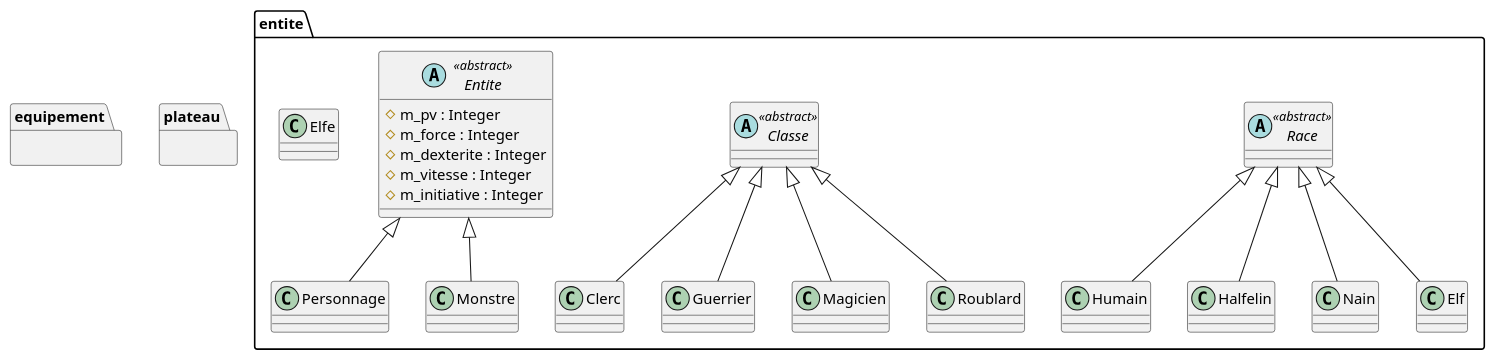
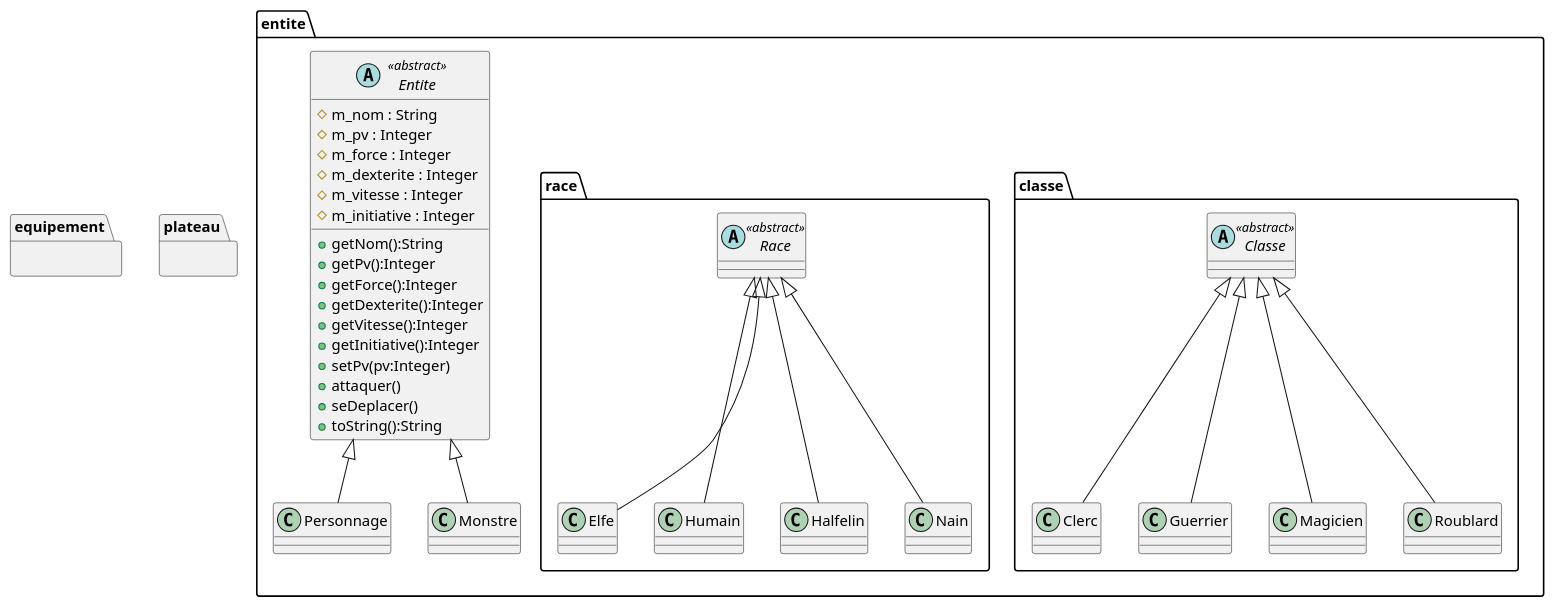
The diagram in uml/semaine1.puml (Jean-GIESE/Donjon-et-dragon), drawn with PlantUML before and after one commit.

Commit message:
UML : Mise à jour de la classe abstraite Entite, ajout de méthodes et de l'attribut nom

```diff
--- a/uml/semaine1.puml
+++ b/uml/semaine1.puml
@@ -1,53 +1,72 @@
 @startuml
 'https://plantuml.com/class-diagram
 
 package "entite"
 {
 /'Définitions des classes'/
 abstract Entite<<abstract>>
 {
+#m_nom : String
 #m_pv : Integer
 #m_force : Integer
 #m_dexterite : Integer
 #m_vitesse : Integer
 #m_initiative : Integer
+
++getNom():String
++getPv():Integer
++getForce():Integer
++getDexterite():Integer
++getVitesse():Integer
++getInitiative():Integer
++setPv(pv:Integer)
++attaquer()
++seDeplacer()
++toString():String
+
 }
 class Personnage
 class Monstre
-
+package "classe"
+{
 abstract Classe<<abstract>>
 class Clerc
 class Guerrier
 class Magicien
 class Roublard
+}
 
+package "race"
+{
 abstract Race<<abstract>>
 class Elfe
 class Humain
 class Halfelin
 class Nain
+}
+
 /'Définitions des relations'/
 Personnage -up-|> Entite
 Monstre -up-|> Entite
 
 Clerc -up-|> Classe
 Guerrier -up-|> Classe
 Magicien -up-|> Classe
 Roublard -up-|> Classe
 
-Elf -up-|> Race
+Elfe -up-|> Race
 Humain -up-|> Race
 Halfelin -up-|> Race
 Nain -up-|> Race
 
 }
 package "equipement"
 {
 
 }
 package "plateau"
 {
 
 }
 
 @enduml
```
